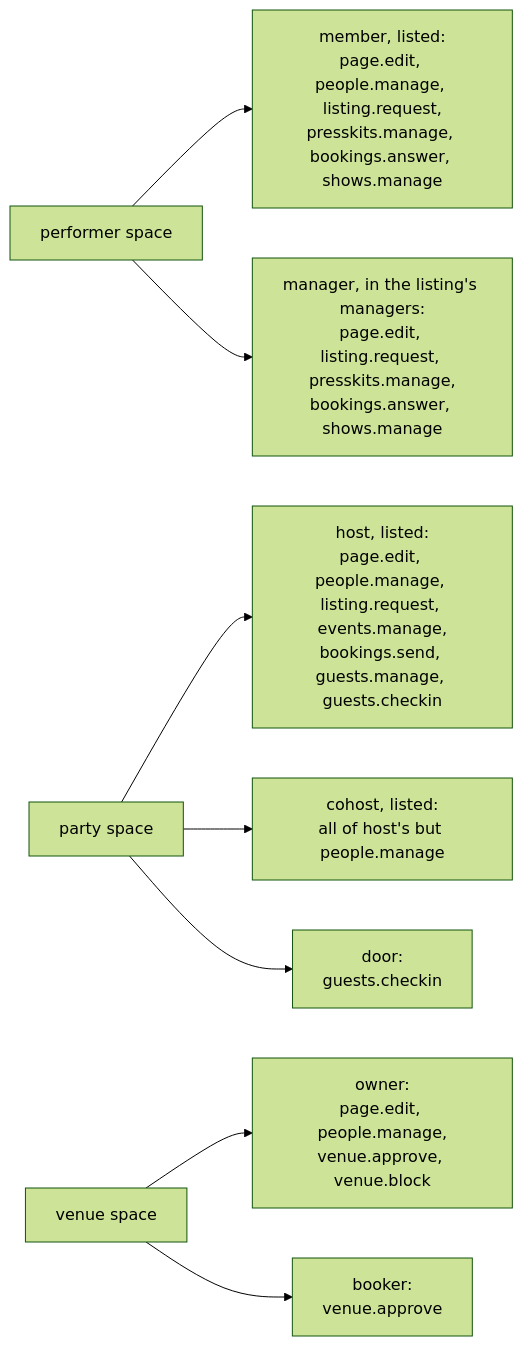
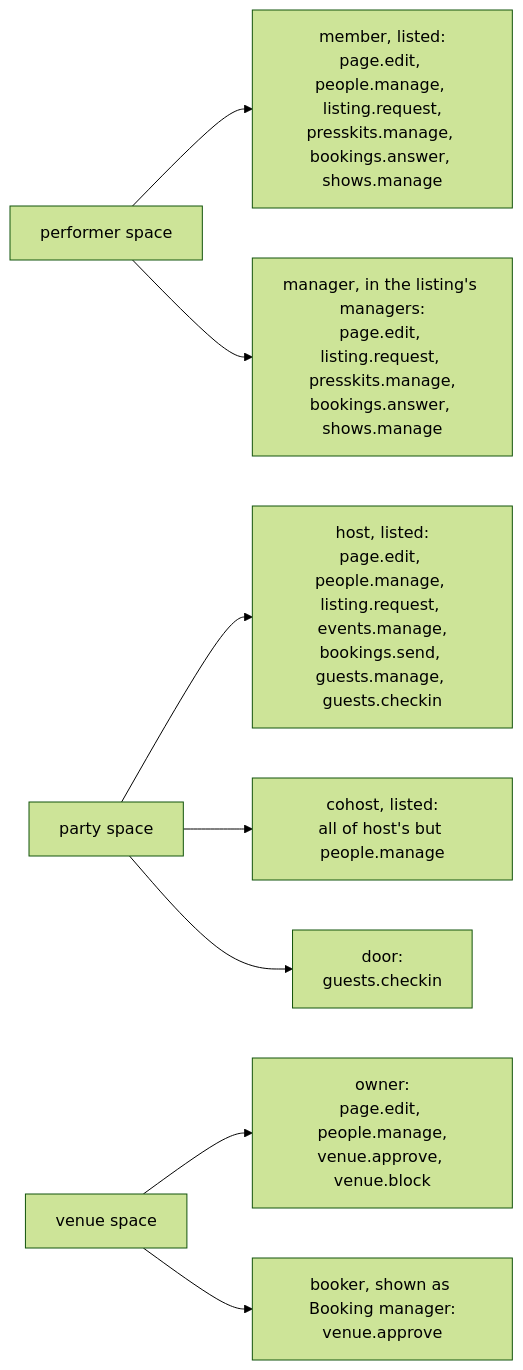
The tenth of 10 diagrams in apps/web/docs/diagrams/accounts.md (cutenode/localnetwork), drawn with Mermaid (forest theme) before and after one commit. The commit also changed other lines of this file and 62 other files, not shown here.

````diff
--- a/apps/web/docs/diagrams/accounts.md
+++ b/apps/web/docs/diagrams/accounts.md
@@ -228,10 +228,10 @@
 ```mermaid
 flowchart LR
   Performer["performer space"] --> PM["member, listed:<br/>page.edit, people.manage, listing.request,<br/>presskits.manage, bookings.answer, shows.manage"]
   Performer --> PManager["manager, in the listing's managers:<br/>page.edit, listing.request, presskits.manage,<br/>bookings.answer, shows.manage"]
   Party["party space"] --> H["host, listed:<br/>page.edit, people.manage, listing.request, events.manage,<br/>bookings.send, guests.manage, guests.checkin"]
   Party --> C["cohost, listed:<br/>all of host's but people.manage"]
   Party --> D["door:<br/>guests.checkin"]
   Venue["venue space"] --> O["owner:<br/>page.edit, people.manage,<br/>venue.approve, venue.block"]
-  Venue --> B["booker:<br/>venue.approve"]
+  Venue --> B["booker, shown as Booking manager:<br/>venue.approve"]
 ```
````
